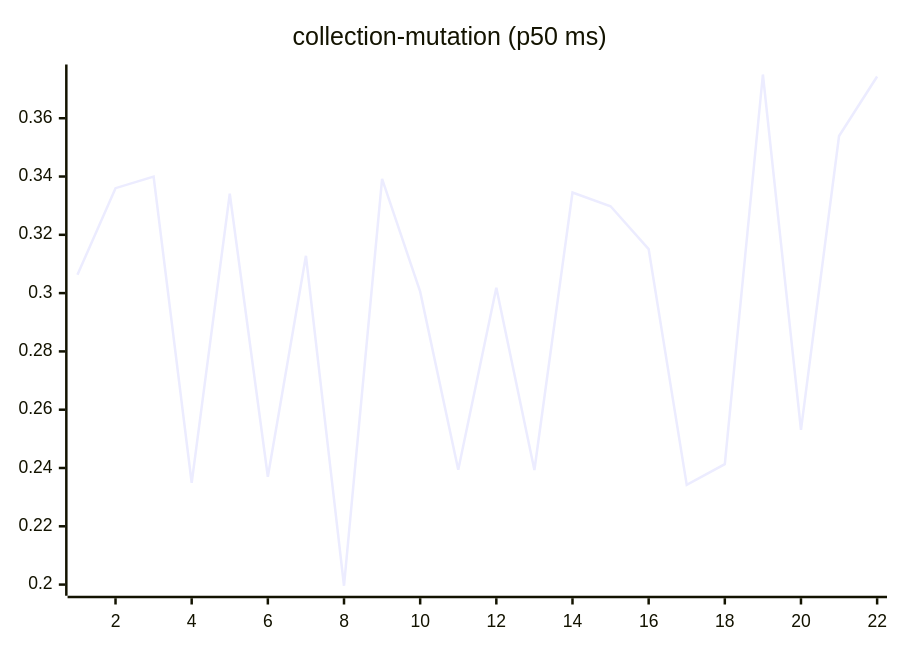
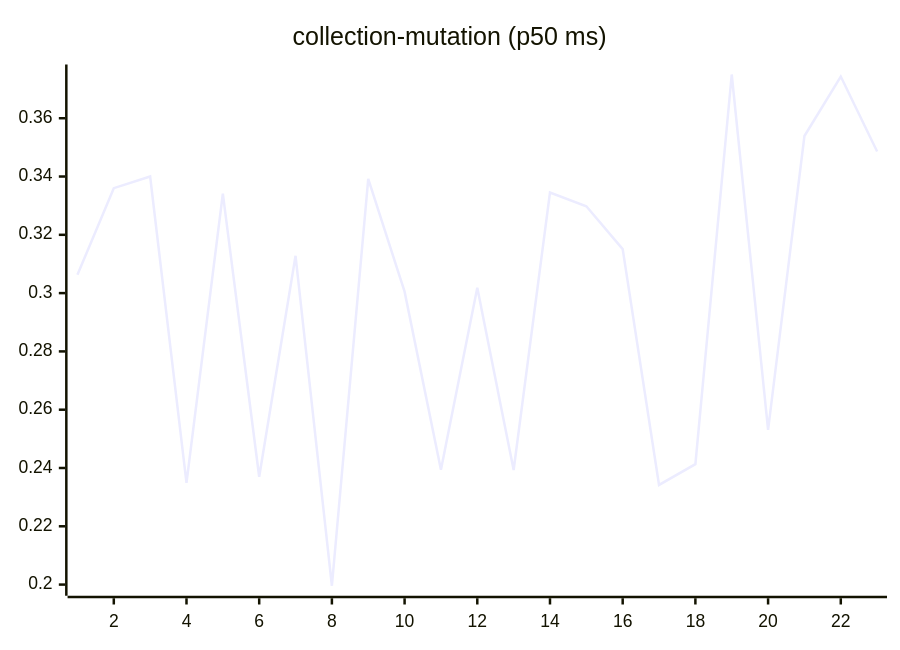
Before and after one commit to josha/Facet: the sixth of 27 diagrams in README.md, drawn with Mermaid. The commit also changed other lines of this file and 2 other files, not shown here.

````diff
--- a/README.md
+++ b/README.md
@@ -98,6 +98,6 @@
 ```mermaid
 xychart-beta
     title "collection-mutation (p50 ms)"
-    x-axis 1 --> 22
-    line [0.3063, 0.3360, 0.3400, 0.2349, 0.3341, 0.2370, 0.3128, 0.1996, 0.3392, 0.3005, 0.2394, 0.3018, 0.2393, 0.3345, 0.3298, 0.3151, 0.2342, 0.2413, 0.3750, 0.2531, 0.3539, 0.3743]
+    x-axis 1 --> 23
+    line [0.3063, 0.3360, 0.3400, 0.2349, 0.3341, 0.2370, 0.3128, 0.1996, 0.3392, 0.3005, 0.2394, 0.3018, 0.2393, 0.3345, 0.3298, 0.3151, 0.2342, 0.2413, 0.3750, 0.2531, 0.3539, 0.3743, 0.3486]
 ```
````
